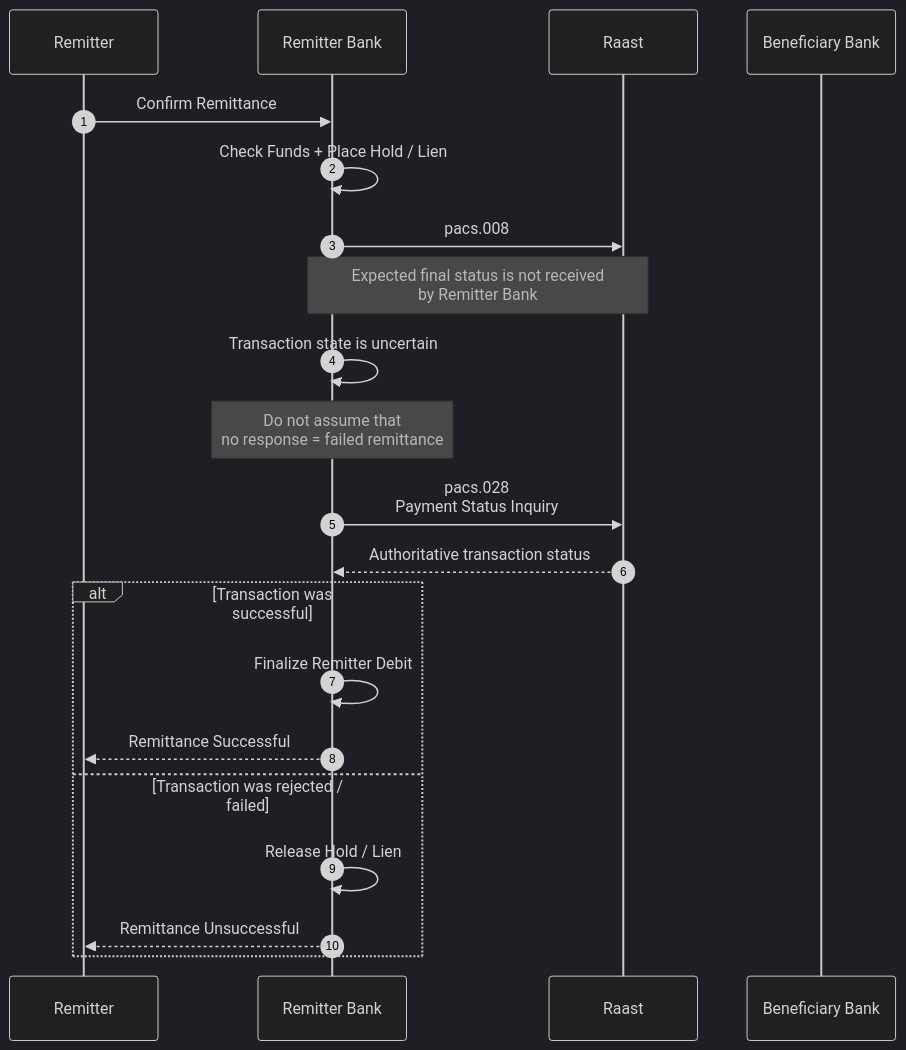
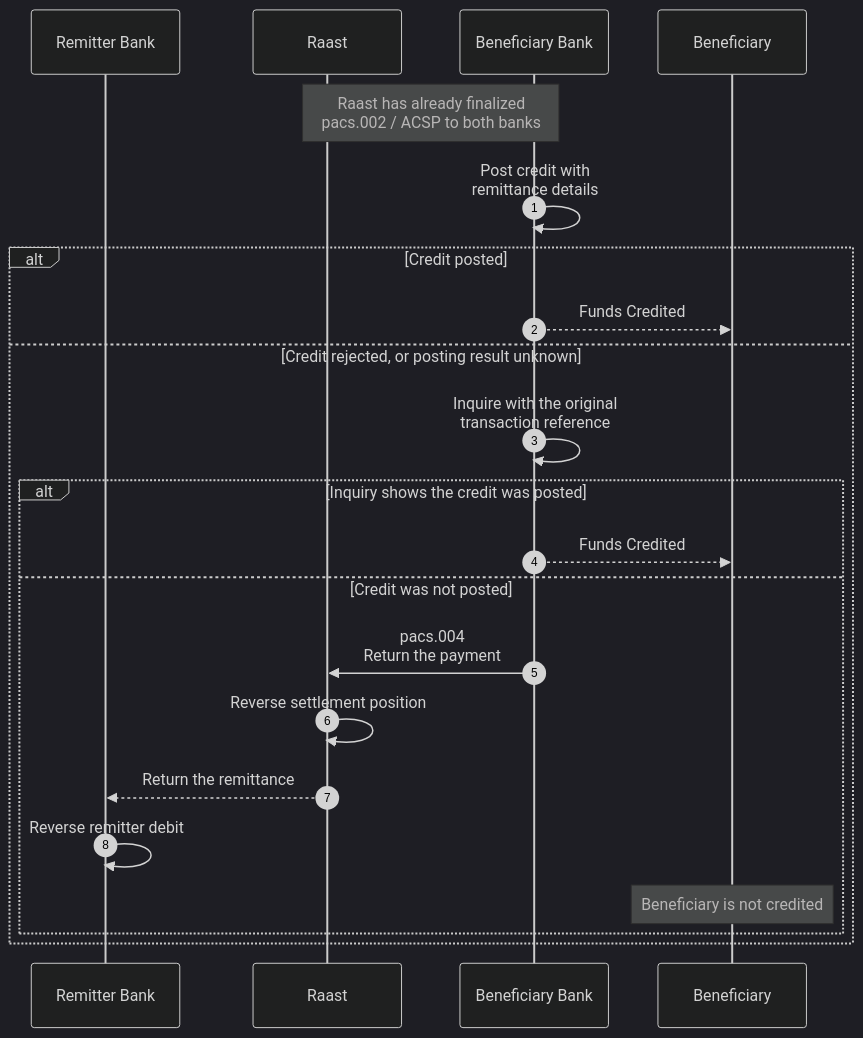
Before and after one commit to HuzaifaTanzeel/raast-training-public: the second of 3 diagrams in modules/02-p2p-remittance/02_Raast_P2P_Remittance_Overview.md, drawn with Mermaid (dark theme). The commit also changed other lines of this file and 3 other files, not shown here.

````diff
--- a/modules/02-p2p-remittance/02_Raast_P2P_Remittance_Overview.md
+++ b/modules/02-p2p-remittance/02_Raast_P2P_Remittance_Overview.md
@@ -314,29 +113,27 @@
 ```mermaid
 sequenceDiagram
     autonumber
-    participant Rmt as Remitter
     participant RB as Remitter Bank
     participant R as Raast
     participant BB as Beneficiary Bank
+    participant B as Beneficiary
 
-    Rmt->>RB: Confirm Remittance
-    RB->>RB: Check Funds + Place Hold / Lien
-    RB->>R: pacs.008
+    Note over R,BB: Raast has already finalized<br/>pacs.002 / ACSP to both banks
 
-    Note over RB,R: Expected final status is not received<br/>by Remitter Bank
+    BB->>BB: Post credit with<br/>remittance details
 
-    RB->>RB: Transaction state is uncertain
-
-    Note over RB: Do not assume that<br/>no response = failed remittance
-
-    RB->>R: pacs.028<br/>Payment Status Inquiry
-    R-->>RB: Authoritative transaction status
-
-    alt Transaction was successful
-        RB->>RB: Finalize Remitter Debit
-        RB-->>Rmt: Remittance Successful
-    else Transaction was rejected / failed
-        RB->>RB: Release Hold / Lien
-        RB-->>Rmt: Remittance Unsuccessful
+    alt Credit posted
+        BB-->>B: Funds Credited
+    else Credit rejected, or posting result unknown
+        BB->>BB: Inquire with the original<br/>transaction reference
+        alt Inquiry shows the credit was posted
+            BB-->>B: Funds Credited
+        else Credit was not posted
+            BB->>R: pacs.004<br/>Return the payment
+            R->>R: Reverse settlement position
+            R-->>RB: Return the remittance
+            RB->>RB: Reverse remitter debit
+            Note over B: Beneficiary is not credited
+        end
     end
 ```
````
